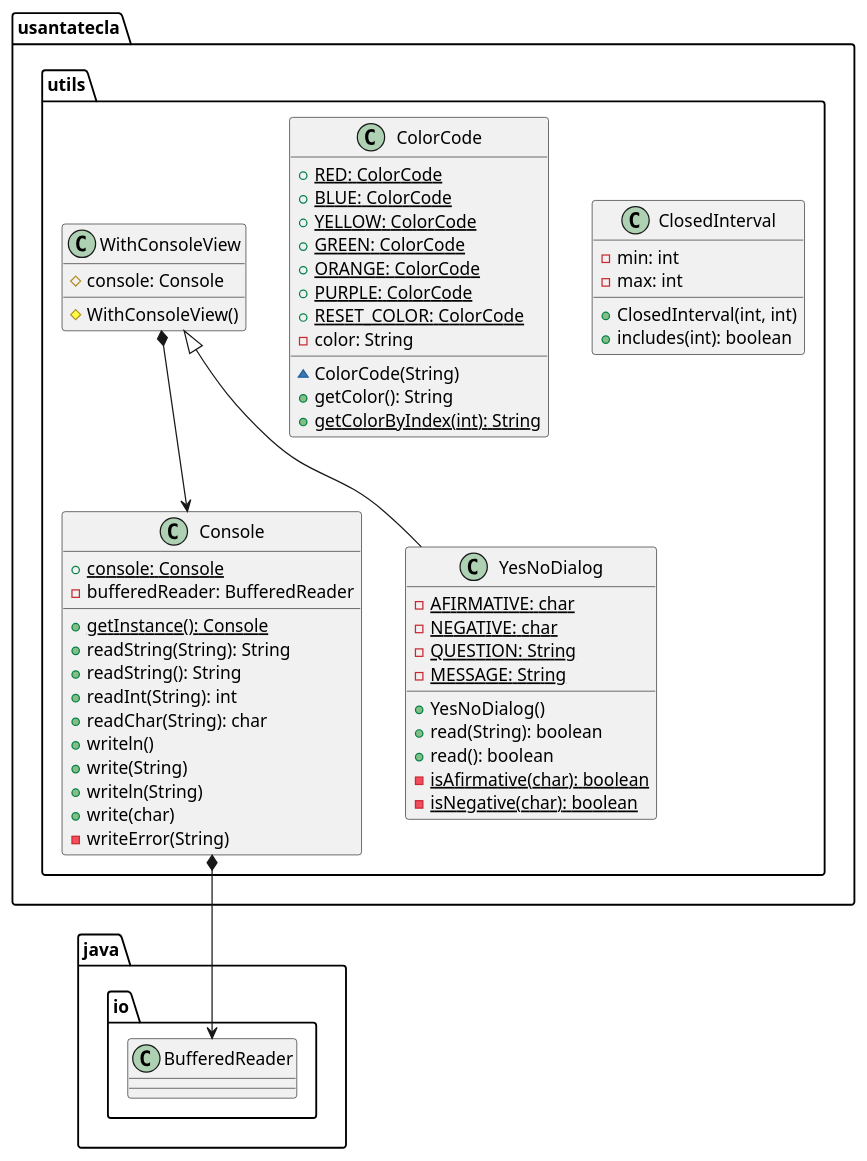
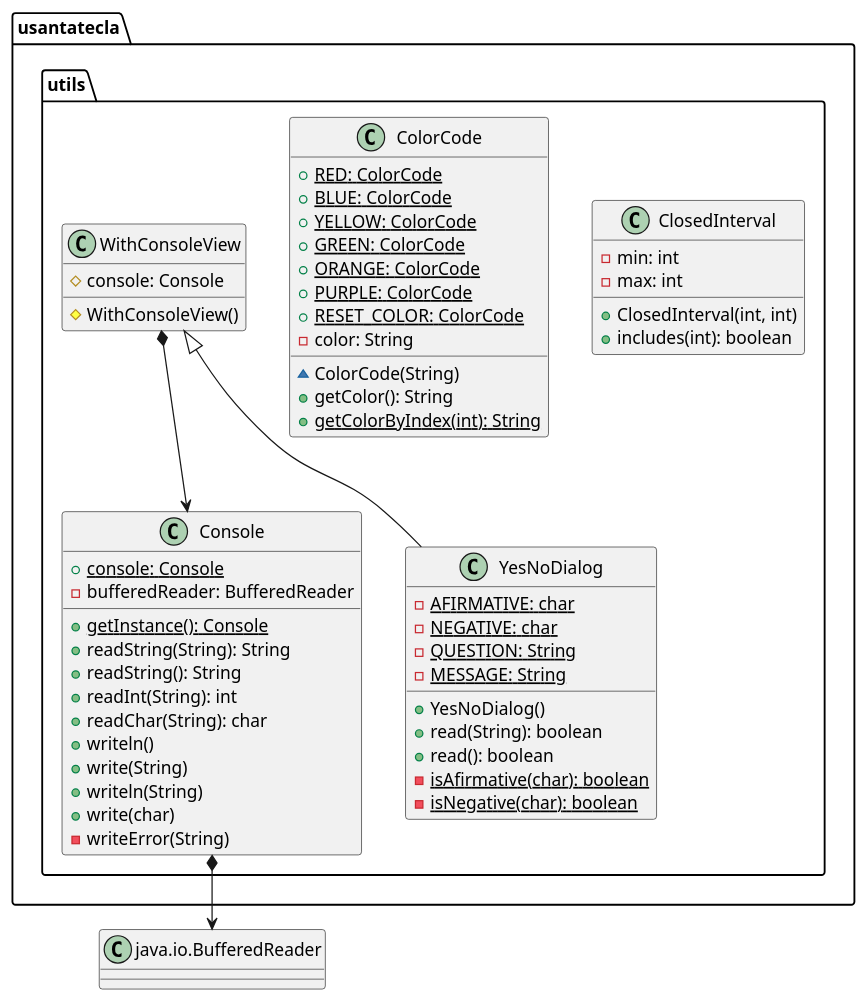
One commit to SantaTecla-mastermind/solution.java.swing.socket.sql changed the second of 2 diagrams in domainModel/docs/diagrams/src/paquetes.plantuml. Above: the diagram before and after it, drawn with PlantUML. The commit also changed other lines of this file and 2 other files, not shown here.

Commit message:
Some changes in domainModel diagrams

```diff
--- a/domainModel/docs/diagrams/src/paquetes.plantuml
+++ b/domainModel/docs/diagrams/src/paquetes.plantuml
@@ -148,57 +152,60 @@
 @startuml usantatecla.utils
 class  usantatecla.utils.ClosedInterval{
 - min: int
 - max: int
 + ClosedInterval(int, int)
 + includes(int): boolean
 }
 
 class  usantatecla.utils.ColorCode{
 + {static} RED: ColorCode
 + {static} BLUE: ColorCode
 + {static} YELLOW: ColorCode
 + {static} GREEN: ColorCode
 + {static} ORANGE: ColorCode
 + {static} PURPLE: ColorCode
 + {static} RESET_COLOR: ColorCode
 - color: String
 ~ ColorCode(String)
 + getColor(): String
 + {static} getColorByIndex(int): String
 }
 
 class  usantatecla.utils.Console{
 + {static} console: Console
 - bufferedReader: BufferedReader
 + {static} getInstance(): Console
 + readString(String): String
 + readString(): String
 + readInt(String): int
 + readChar(String): char
 + writeln()
 + write(String)
 + writeln(String)
 + write(char)
 - writeError(String)
 }
-usantatecla.utils.Console *-down-> java.io.BufferedReader
+
+class BufferedReader as "java.io.BufferedReader"
+
+usantatecla.utils.Console *-down-> BufferedReader
 
 class  usantatecla.utils.WithConsoleView{
 # console: Console
 # WithConsoleView()
 }
 usantatecla.utils.WithConsoleView *-down-> usantatecla.utils.Console
 
 class  usantatecla.utils.YesNoDialog{
 - {static} AFIRMATIVE: char
 - {static} NEGATIVE: char
 - {static} QUESTION: String
 - {static} MESSAGE: String
 + YesNoDialog()
 + read(String): boolean
 + read(): boolean
 - {static} isAfirmative(char): boolean
 - {static} isNegative(char): boolean
 }
 usantatecla.utils.WithConsoleView <|-down- usantatecla.utils.YesNoDialog
 @enduml
```
